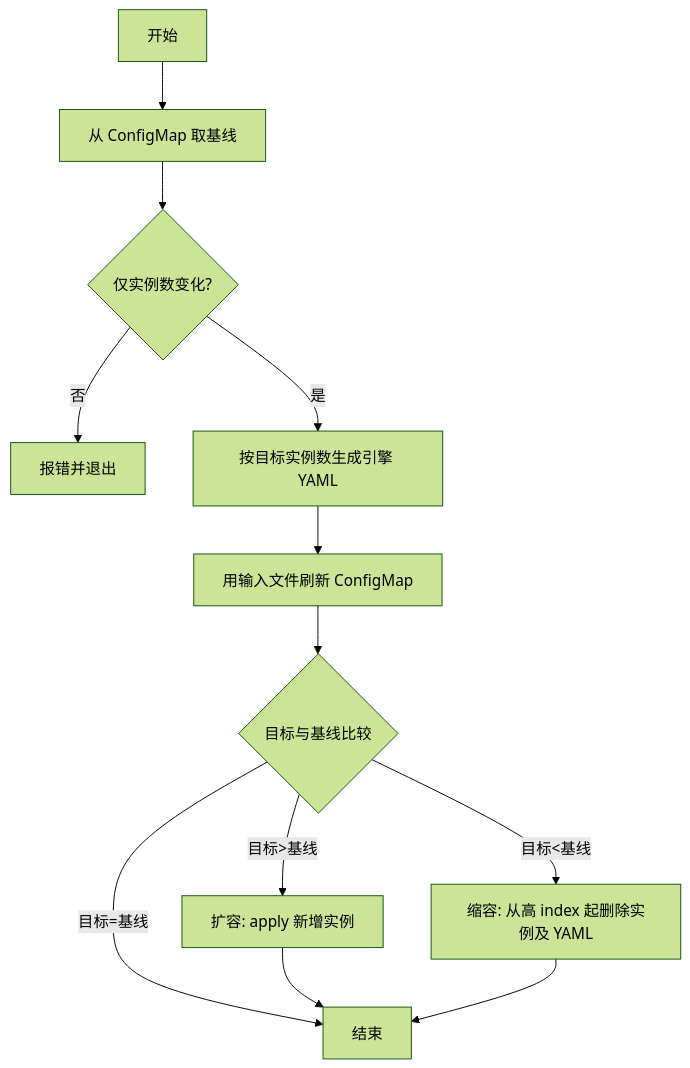
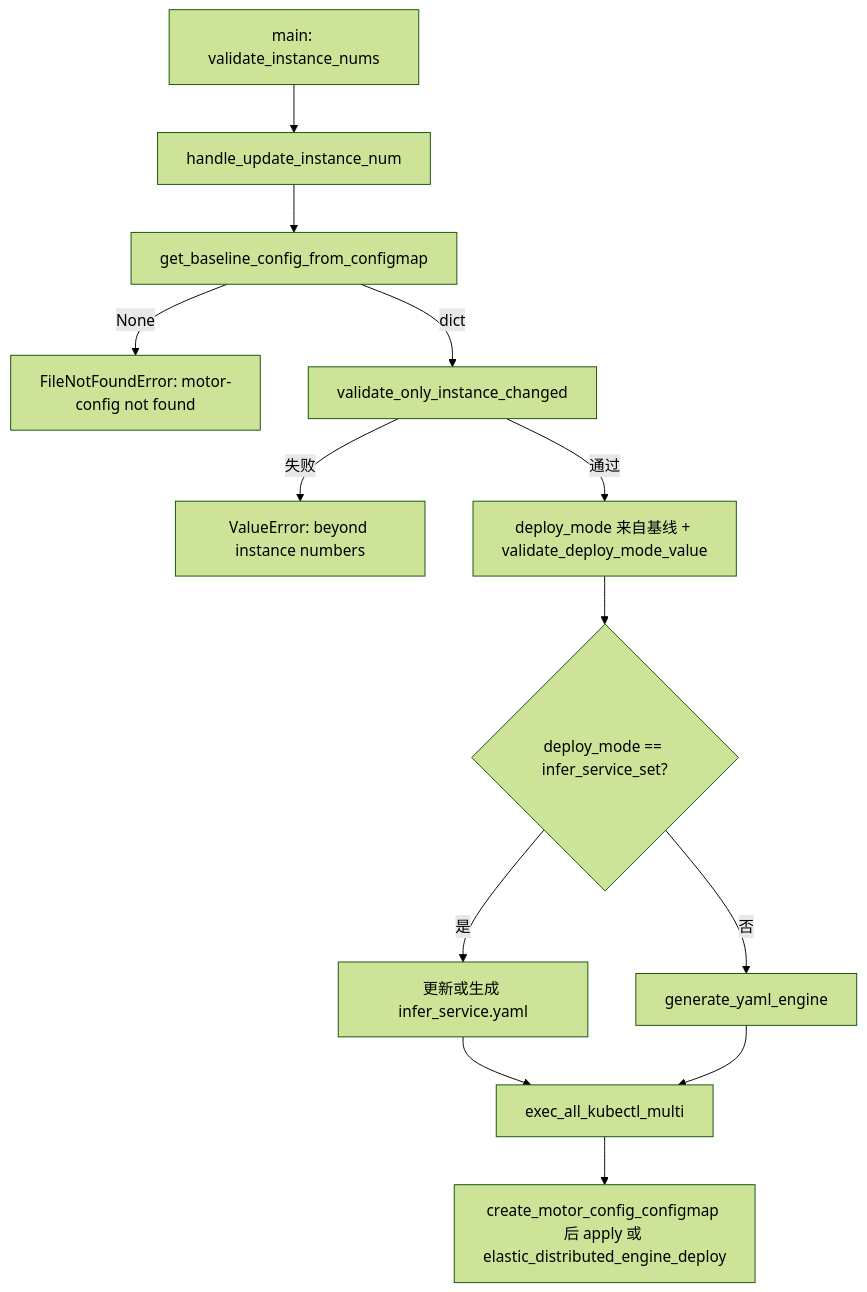
Before and after one commit to Lyr-GW/MindIE-PyMotor: the diagram in docs/zh/developer_guide/instance_manual_scaling/manual_scaling_design.md, drawn with Mermaid (forest theme). The commit also changed other lines of this file and 28 other files, not shown here.

````diff
--- a/docs/zh/developer_guide/instance_manual_scaling/manual_scaling_design.md
+++ b/docs/zh/developer_guide/instance_manual_scaling/manual_scaling_design.md
@@ -64,14 +78,15 @@
 ```mermaid
 flowchart TD
-    A[开始] --> B[从 ConfigMap 取基线]
-    B --> D{仅实例数变化?}
-    D -->|否| E[报错并退出]
-    D -->|是| F[按目标实例数生成引擎 YAML]
-    F --> G[用输入文件刷新 ConfigMap]
-    G --> H{目标与基线比较}
-    H -->|目标>基线| I[扩容: apply 新增实例]
-    H -->|目标<基线| J[缩容: 从高 index 起删除实例及 YAML]
-    H -->|目标=基线| K[结束]
-    I --> K
+    A[main: validate_instance_nums] --> B[handle_update_instance_num]
+    B --> C[get_baseline_config_from_configmap]
+    C -->|None| E[FileNotFoundError: motor-config not found]
+    C -->|dict| D[validate_only_instance_changed]
+    D -->|失败| F[ValueError: beyond instance numbers]
+    D -->|通过| G[deploy_mode 来自基线 + validate_deploy_mode_value]
+    G --> H{deploy_mode == infer_service_set?}
+    H -->|是| I[更新或生成 infer_service.yaml]
+    H -->|否| J[generate_yaml_engine]
+    I --> K[exec_all_kubectl_multi]
     J --> K
+    K --> L[create_motor_config_configmap 后 apply 或 elastic_distributed_engine_deploy]
 ```
````
